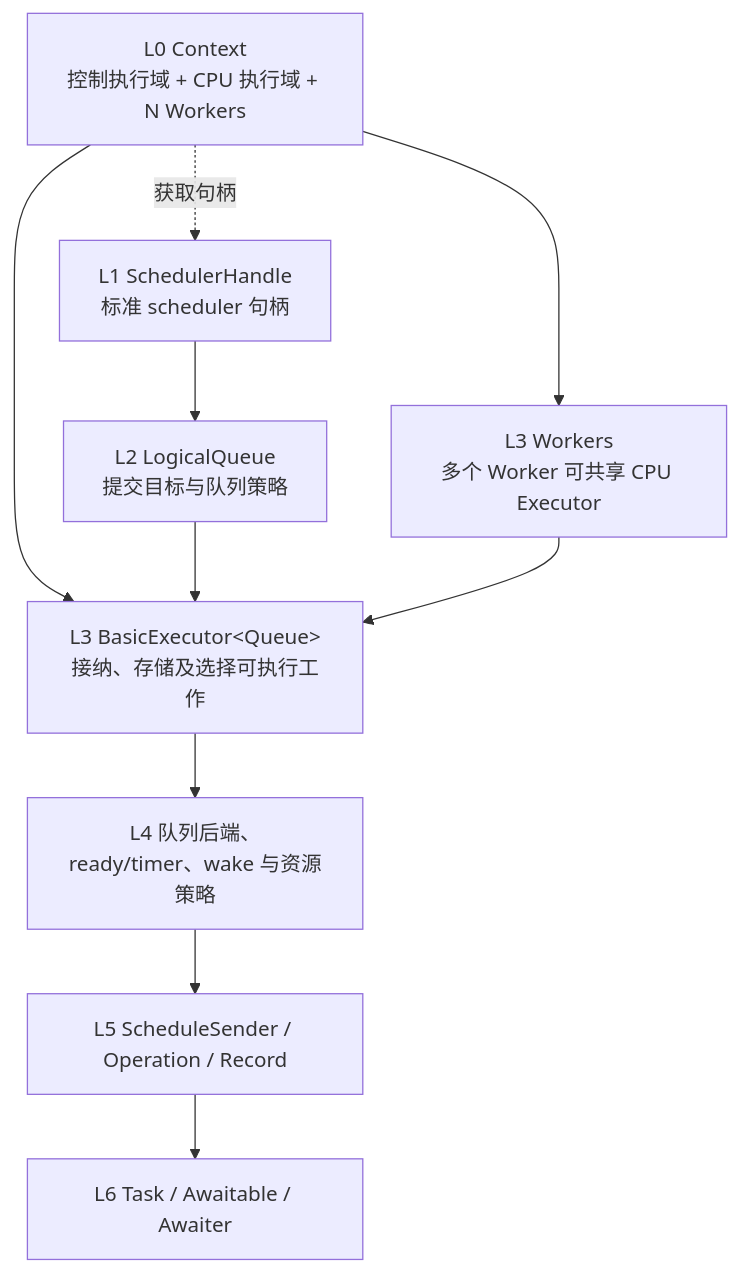
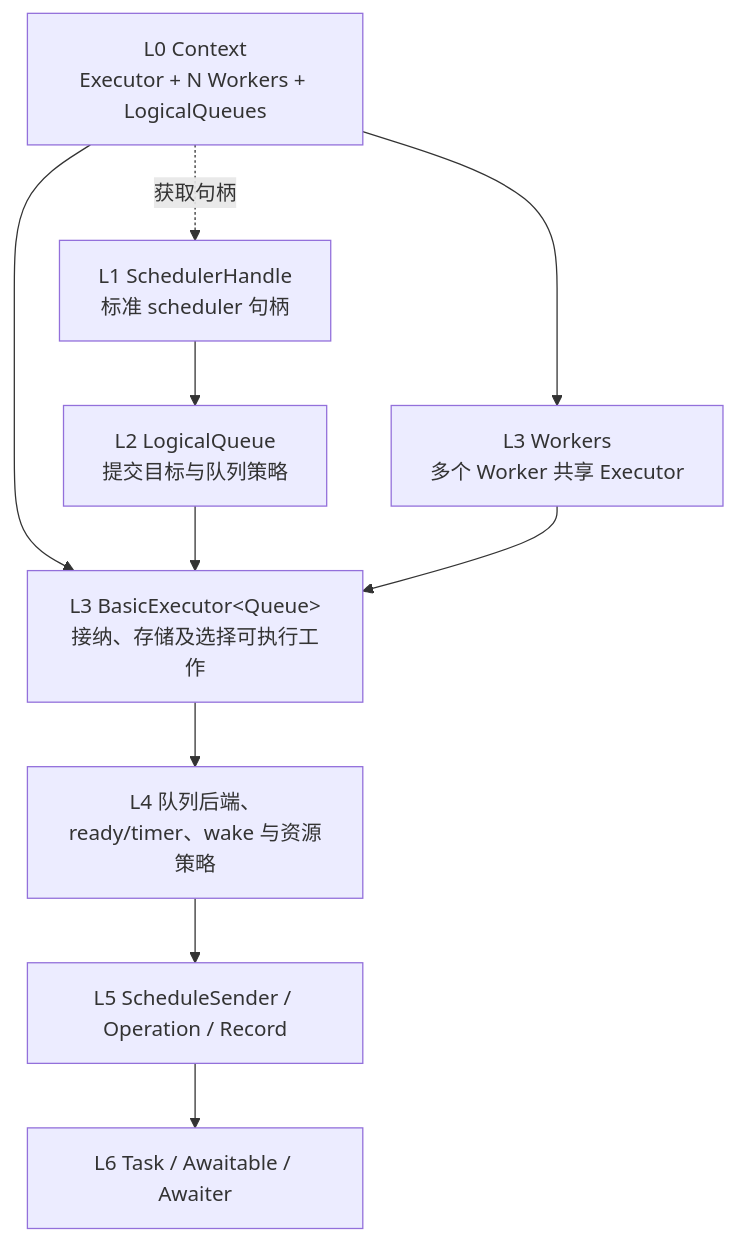
Before and after one commit to mmmmmcree/async: the second of 4 diagrams in CORE_DESIGN.md, drawn with Mermaid. The commit also changed other lines of this file and 44 other files, not shown here.

````diff
--- a/CORE_DESIGN.md
+++ b/CORE_DESIGN.md
@@ -103,20 +109,20 @@
 ```mermaid
 flowchart TB
-    C["L0 Context<br/>控制执行域 + CPU 执行域 + N Workers"]
+    C["L0 Context<br/>Executor + N Workers + LogicalQueues"]
     S["L1 SchedulerHandle<br/>标准 scheduler 句柄"]
     Q["L2 LogicalQueue<br/>提交目标与队列策略"]
     E["L3 BasicExecutor&lt;Queue&gt;<br/>接纳、存储及选择可执行工作"]
-    W["L3 Workers<br/>多个 Worker 可共享 CPU Executor"]
+    W["L3 Workers<br/>多个 Worker 共享 Executor"]
     P["L4 队列后端、ready/timer、wake 与资源策略"]
     O["L5 ScheduleSender / Operation / Record"]
     T["L6 Task / Awaitable / Awaiter"]
     C --> E
     C --> W
     C -.->|"获取句柄"| S
     S --> Q
     Q --> E
     W --> E
     E --> P
     P --> O
     O --> T
 ```
````
